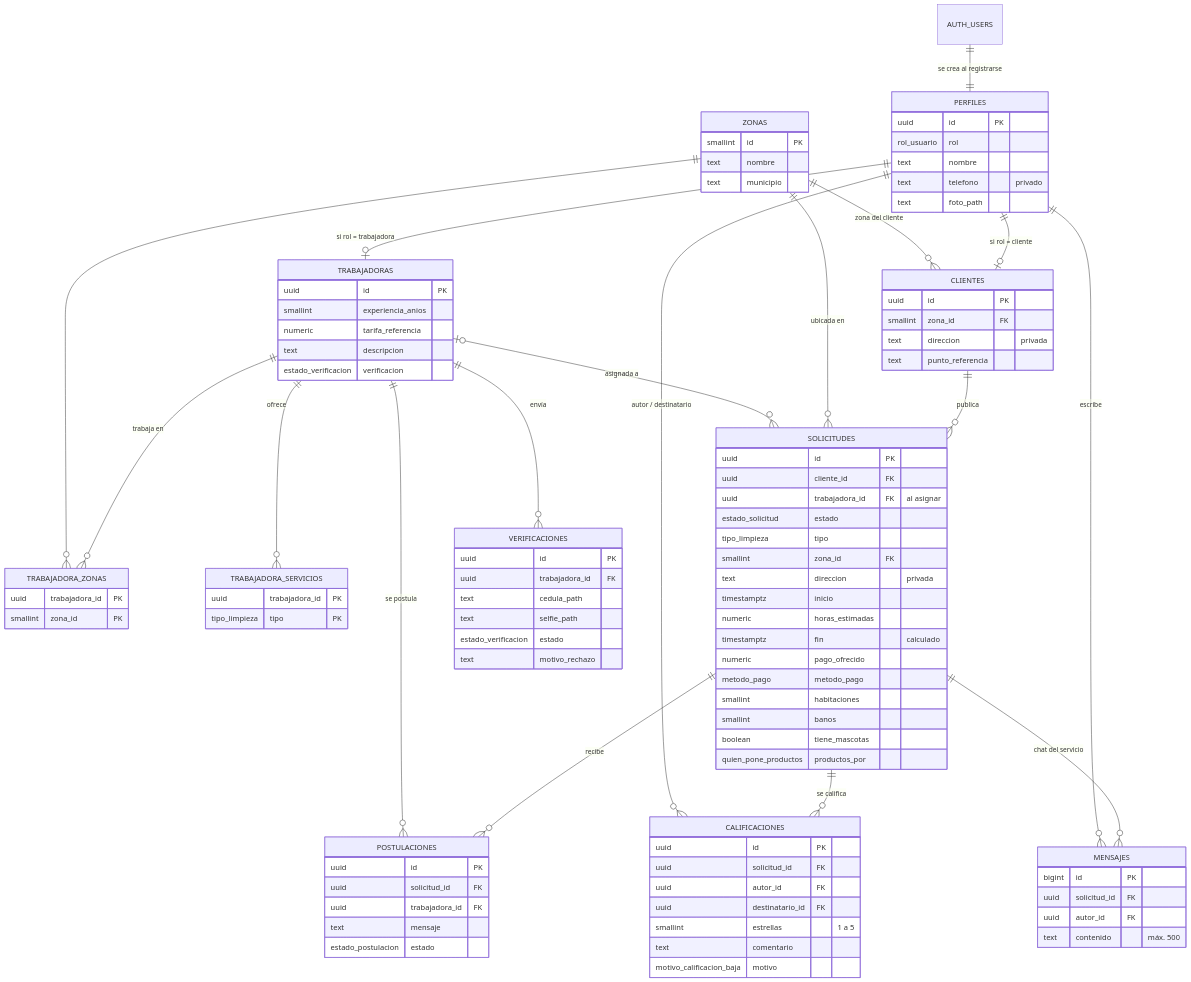
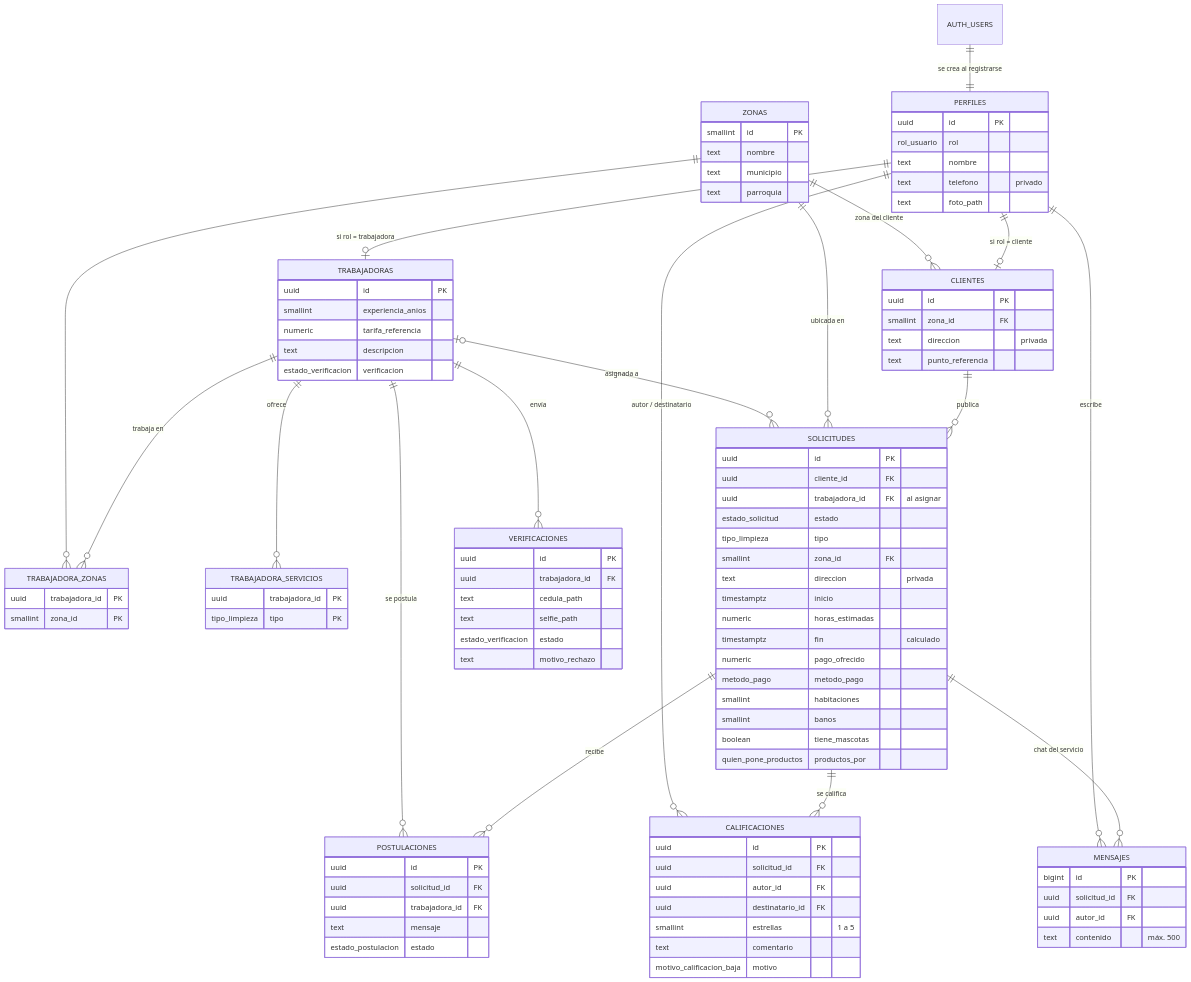
Before and after one commit to Dcarvajal13/limpiaya: the diagram in docs/BASE_DE_DATOS.md, drawn with Mermaid. The commit also changed other lines of this file and 31 other files, not shown here.

```diff
--- a/docs/BASE_DE_DATOS.md
+++ b/docs/BASE_DE_DATOS.md
@@ -57,6 +58,7 @@
         smallint id PK
         text nombre
         text municipio
+        text parroquia
     }
     TRABAJADORA_ZONAS {
         uuid trabajadora_id PK
```
